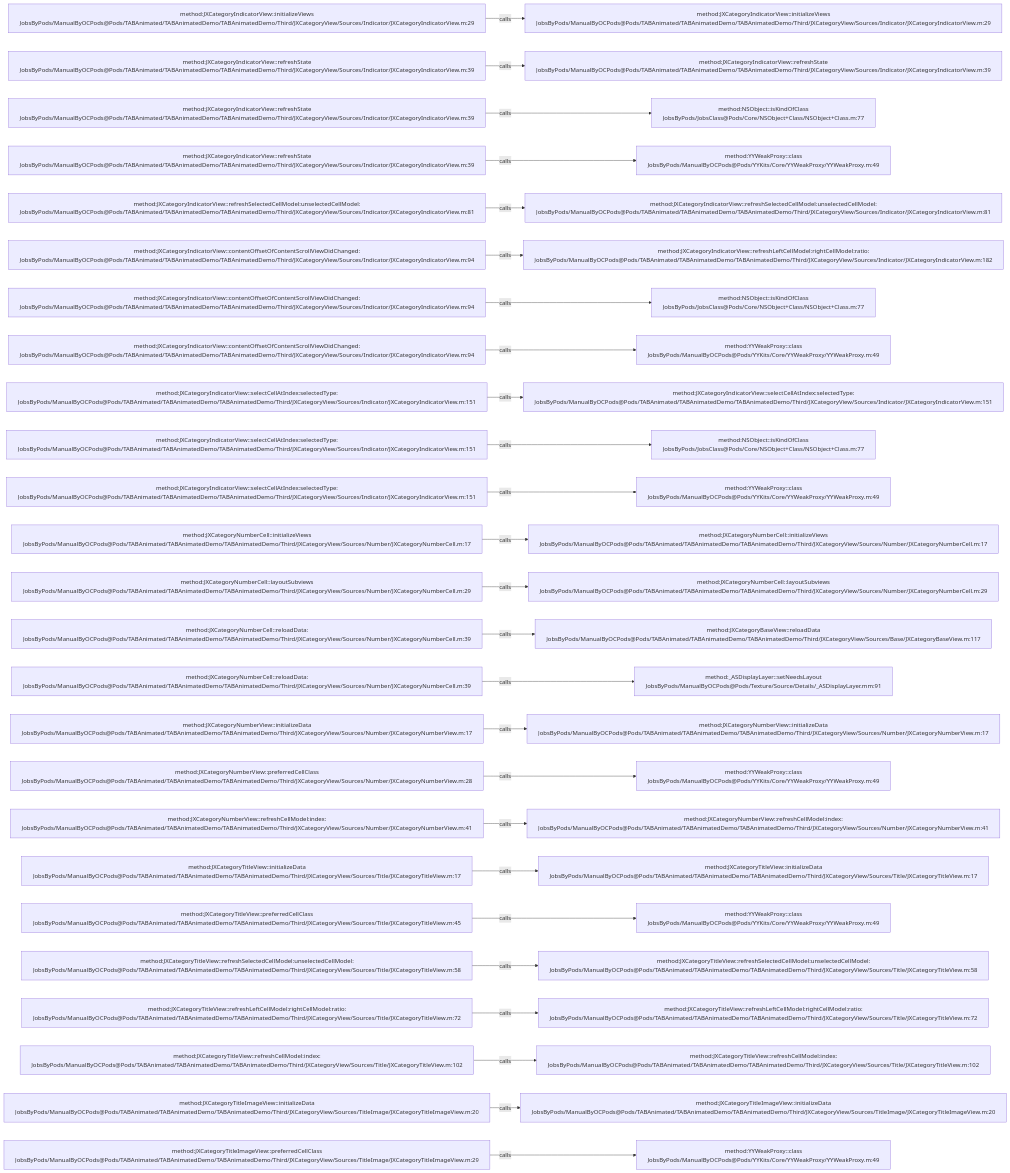
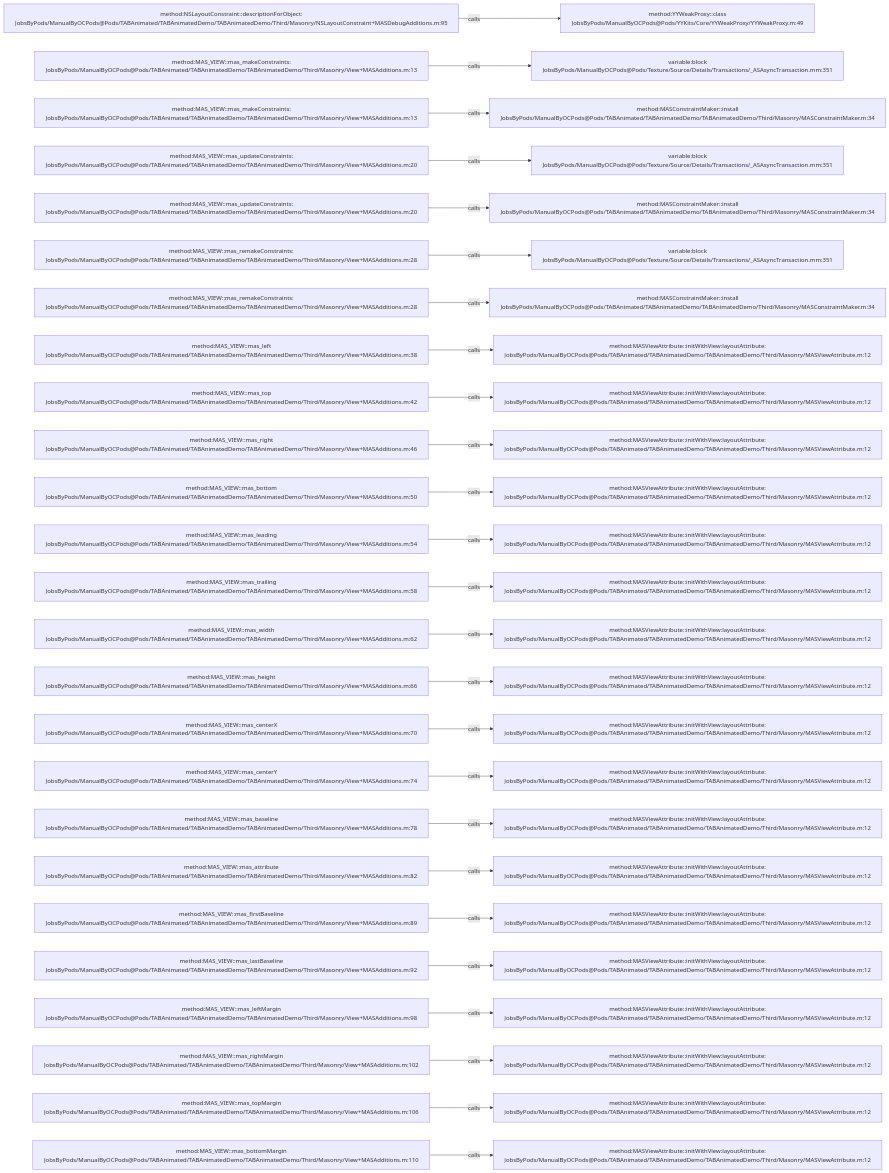
The diagram in .codegraph/codegraph.md/graphs/calls-044.md (JobsKits/JobsOCBaseConfigDemo), drawn with Mermaid before and after one commit. The commit also changed 1353 other files, not shown here.

````diff
--- a/.codegraph/codegraph.md/graphs/calls-044.md
+++ b/.codegraph/codegraph.md/graphs/calls-044.md
@@ -13,78 +13,78 @@
 ```mermaid
 flowchart LR
-  S1["method:JXCategoryIndicatorView::initializeViews<br/>JobsByPods/ManualByOCPods@Pods/TABAnimated/TABAnimatedDemo/TABAnimatedDemo/Third/JXCategoryView/Sources/Indicator/JXCategoryIndicatorView.m:29"]
-  T1["method:JXCategoryIndicatorView::initializeViews<br/>JobsByPods/ManualByOCPods@Pods/TABAnimated/TABAnimatedDemo/TABAnimatedDemo/Third/JXCategoryView/Sources/Indicator/JXCategoryIndicatorView.m:29"]
+  S1["method:NSLayoutConstraint::descriptionForObject:<br/>JobsByPods/ManualByOCPods@Pods/TABAnimated/TABAnimatedDemo/TABAnimatedDemo/Third/Masonry/NSLayoutConstraint+MASDebugAdditions.m:95"]
+  T1["method:YYWeakProxy::class<br/>JobsByPods/ManualByOCPods@Pods/YYKits/Core/YYWeakProxy/YYWeakProxy.m:49"]
   S1 -->|calls| T1
-  S2["method:JXCategoryIndicatorView::refreshState<br/>JobsByPods/ManualByOCPods@Pods/TABAnimated/TABAnimatedDemo/TABAnimatedDemo/Third/JXCategoryView/Sources/Indicator/JXCategoryIndicatorView.m:39"]
-  T2["method:JXCategoryIndicatorView::refreshState<br/>JobsByPods/ManualByOCPods@Pods/TABAnimated/TABAnimatedDemo/TABAnimatedDemo/Third/JXCategoryView/Sources/Indicator/JXCategoryIndicatorView.m:39"]
+  S2["method:MAS_VIEW::mas_makeConstraints:<br/>JobsByPods/ManualByOCPods@Pods/TABAnimated/TABAnimatedDemo/TABAnimatedDemo/Third/Masonry/View+MASAdditions.m:13"]
+  T2["variable:block<br/>JobsByPods/ManualByOCPods@Pods/Texture/Source/Details/Transactions/_ASAsyncTransaction.mm:351"]
   S2 -->|calls| T2
-  S3["method:JXCategoryIndicatorView::refreshState<br/>JobsByPods/ManualByOCPods@Pods/TABAnimated/TABAnimatedDemo/TABAnimatedDemo/Third/JXCategoryView/Sources/Indicator/JXCategoryIndicatorView.m:39"]
-  T3["method:NSObject::isKindOfClass<br/>JobsByPods/JobsClass@Pods/Core/NSObject+Class/NSObject+Class.m:77"]
+  S3["method:MAS_VIEW::mas_makeConstraints:<br/>JobsByPods/ManualByOCPods@Pods/TABAnimated/TABAnimatedDemo/TABAnimatedDemo/Third/Masonry/View+MASAdditions.m:13"]
+  T3["method:MASConstraintMaker::install<br/>JobsByPods/ManualByOCPods@Pods/TABAnimated/TABAnimatedDemo/TABAnimatedDemo/Third/Masonry/MASConstraintMaker.m:34"]
   S3 -->|calls| T3
-  S4["method:JXCategoryIndicatorView::refreshState<br/>JobsByPods/ManualByOCPods@Pods/TABAnimated/TABAnimatedDemo/TABAnimatedDemo/Third/JXCategoryView/Sources/Indicator/JXCategoryIndicatorView.m:39"]
-  T4["method:YYWeakProxy::class<br/>JobsByPods/ManualByOCPods@Pods/YYKits/Core/YYWeakProxy/YYWeakProxy.m:49"]
+  S4["method:MAS_VIEW::mas_updateConstraints:<br/>JobsByPods/ManualByOCPods@Pods/TABAnimated/TABAnimatedDemo/TABAnimatedDemo/Third/Masonry/View+MASAdditions.m:20"]
+  T4["variable:block<br/>JobsByPods/ManualByOCPods@Pods/Texture/Source/Details/Transactions/_ASAsyncTransaction.mm:351"]
   S4 -->|calls| T4
-  S5["method:JXCategoryIndicatorView::refreshSelectedCellModel:unselectedCellModel:<br/>JobsByPods/ManualByOCPods@Pods/TABAnimated/TABAnimatedDemo/TABAnimatedDemo/Third/JXCategoryView/Sources/Indicator/JXCategoryIndicatorView.m:81"]
-  T5["method:JXCategoryIndicatorView::refreshSelectedCellModel:unselectedCellModel:<br/>JobsByPods/ManualByOCPods@Pods/TABAnimated/TABAnimatedDemo/TABAnimatedDemo/Third/JXCategoryView/Sources/Indicator/JXCategoryIndicatorView.m:81"]
+  S5["method:MAS_VIEW::mas_updateConstraints:<br/>JobsByPods/ManualByOCPods@Pods/TABAnimated/TABAnimatedDemo/TABAnimatedDemo/Third/Masonry/View+MASAdditions.m:20"]
+  T5["method:MASConstraintMaker::install<br/>JobsByPods/ManualByOCPods@Pods/TABAnimated/TABAnimatedDemo/TABAnimatedDemo/Third/Masonry/MASConstraintMaker.m:34"]
   S5 -->|calls| T5
-  S6["method:JXCategoryIndicatorView::contentOffsetOfContentScrollViewDidChanged:<br/>JobsByPods/ManualByOCPods@Pods/TABAnimated/TABAnimatedDemo/TABAnimatedDemo/Third/JXCategoryView/Sources/Indicator/JXCategoryIndicatorView.m:94"]
-  T6["method:JXCategoryIndicatorView::refreshLeftCellModel:rightCellModel:ratio:<br/>JobsByPods/ManualByOCPods@Pods/TABAnimated/TABAnimatedDemo/TABAnimatedDemo/Third/JXCategoryView/Sources/Indicator/JXCategoryIndicatorView.m:182"]
+  S6["method:MAS_VIEW::mas_remakeConstraints:<br/>JobsByPods/ManualByOCPods@Pods/TABAnimated/TABAnimatedDemo/TABAnimatedDemo/Third/Masonry/View+MASAdditions.m:28"]
+  T6["variable:block<br/>JobsByPods/ManualByOCPods@Pods/Texture/Source/Details/Transactions/_ASAsyncTransaction.mm:351"]
   S6 -->|calls| T6
-  S7["method:JXCategoryIndicatorView::contentOffsetOfContentScrollViewDidChanged:<br/>JobsByPods/ManualByOCPods@Pods/TABAnimated/TABAnimatedDemo/TABAnimatedDemo/Third/JXCategoryView/Sources/Indicator/JXCategoryIndicatorView.m:94"]
-  T7["method:NSObject::isKindOfClass<br/>JobsByPods/JobsClass@Pods/Core/NSObject+Class/NSObject+Class.m:77"]
+  S7["method:MAS_VIEW::mas_remakeConstraints:<br/>JobsByPods/ManualByOCPods@Pods/TABAnimated/TABAnimatedDemo/TABAnimatedDemo/Third/Masonry/View+MASAdditions.m:28"]
+  T7["method:MASConstraintMaker::install<br/>JobsByPods/ManualByOCPods@Pods/TABAnimated/TABAnimatedDemo/TABAnimatedDemo/Third/Masonry/MASConstraintMaker.m:34"]
   S7 -->|calls| T7
-  S8["method:JXCategoryIndicatorView::contentOffsetOfContentScrollViewDidChanged:<br/>JobsByPods/ManualByOCPods@Pods/TABAnimated/TABAnimatedDemo/TABAnimatedDemo/Third/JXCategoryView/Sources/Indicator/JXCategoryIndicatorView.m:94"]
-  T8["method:YYWeakProxy::class<br/>JobsByPods/ManualByOCPods@Pods/YYKits/Core/YYWeakProxy/YYWeakProxy.m:49"]
+  S8["method:MAS_VIEW::mas_left<br/>JobsByPods/ManualByOCPods@Pods/TABAnimated/TABAnimatedDemo/TABAnimatedDemo/Third/Masonry/View+MASAdditions.m:38"]
+  T8["method:MASViewAttribute::initWithView:layoutAttribute:<br/>JobsByPods/ManualByOCPods@Pods/TABAnimated/TABAnimatedDemo/TABAnimatedDemo/Third/Masonry/MASViewAttribute.m:12"]
   S8 -->|calls| T8
-  S9["method:JXCategoryIndicatorView::selectCellAtIndex:selectedType:<br/>JobsByPods/ManualByOCPods@Pods/TABAnimated/TABAnimatedDemo/TABAnimatedDemo/Third/JXCategoryView/Sources/Indicator/JXCategoryIndicatorView.m:151"]
-  T9["method:JXCategoryIndicatorView::selectCellAtIndex:selectedType:<br/>JobsByPods/ManualByOCPods@Pods/TABAnimated/TABAnimatedDemo/TABAnimatedDemo/Third/JXCategoryView/Sources/Indicator/JXCategoryIndicatorView.m:151"]
+  S9["method:MAS_VIEW::mas_top<br/>JobsByPods/ManualByOCPods@Pods/TABAnimated/TABAnimatedDemo/TABAnimatedDemo/Third/Masonry/View+MASAdditions.m:42"]
+  T9["method:MASViewAttribute::initWithView:layoutAttribute:<br/>JobsByPods/ManualByOCPods@Pods/TABAnimated/TABAnimatedDemo/TABAnimatedDemo/Third/Masonry/MASViewAttribute.m:12"]
   S9 -->|calls| T9
-  S10["method:JXCategoryIndicatorView::selectCellAtIndex:selectedType:<br/>JobsByPods/ManualByOCPods@Pods/TABAnimated/TABAnimatedDemo/TABAnimatedDemo/Third/JXCategoryView/Sources/Indicator/JXCategoryIndicatorView.m:151"]
-  T10["method:NSObject::isKindOfClass<br/>JobsByPods/JobsClass@Pods/Core/NSObject+Class/NSObject+Class.m:77"]
+  S10["method:MAS_VIEW::mas_right<br/>JobsByPods/ManualByOCPods@Pods/TABAnimated/TABAnimatedDemo/TABAnimatedDemo/Third/Masonry/View+MASAdditions.m:46"]
+  T10["method:MASViewAttribute::initWithView:layoutAttribute:<br/>JobsByPods/ManualByOCPods@Pods/TABAnimated/TABAnimatedDemo/TABAnimatedDemo/Third/Masonry/MASViewAttribute.m:12"]
   S10 -->|calls| T10
-  S11["method:JXCategoryIndicatorView::selectCellAtIndex:selectedType:<br/>JobsByPods/ManualByOCPods@Pods/TABAnimated/TABAnimatedDemo/TABAnimatedDemo/Third/JXCategoryView/Sources/Indicator/JXCategoryIndicatorView.m:151"]
-  T11["method:YYWeakProxy::class<br/>JobsByPods/ManualByOCPods@Pods/YYKits/Core/YYWeakProxy/YYWeakProxy.m:49"]
+  S11["method:MAS_VIEW::mas_bottom<br/>JobsByPods/ManualByOCPods@Pods/TABAnimated/TABAnimatedDemo/TABAnimatedDemo/Third/Masonry/View+MASAdditions.m:50"]
+  T11["method:MASViewAttribute::initWithView:layoutAttribute:<br/>JobsByPods/ManualByOCPods@Pods/TABAnimated/TABAnimatedDemo/TABAnimatedDemo/Third/Masonry/MASViewAttribute.m:12"]
   S11 -->|calls| T11
-  S12["method:JXCategoryNumberCell::initializeViews<br/>JobsByPods/ManualByOCPods@Pods/TABAnimated/TABAnimatedDemo/TABAnimatedDemo/Third/JXCategoryView/Sources/Number/JXCategoryNumberCell.m:17"]
-  T12["method:JXCategoryNumberCell::initializeViews<br/>JobsByPods/ManualByOCPods@Pods/TABAnimated/TABAnimatedDemo/TABAnimatedDemo/Third/JXCategoryView/Sources/Number/JXCategoryNumberCell.m:17"]
+  S12["method:MAS_VIEW::mas_leading<br/>JobsByPods/ManualByOCPods@Pods/TABAnimated/TABAnimatedDemo/TABAnimatedDemo/Third/Masonry/View+MASAdditions.m:54"]
+  T12["method:MASViewAttribute::initWithView:layoutAttribute:<br/>JobsByPods/ManualByOCPods@Pods/TABAnimated/TABAnimatedDemo/TABAnimatedDemo/Third/Masonry/MASViewAttribute.m:12"]
   S12 -->|calls| T12
-  S13["method:JXCategoryNumberCell::layoutSubviews<br/>JobsByPods/ManualByOCPods@Pods/TABAnimated/TABAnimatedDemo/TABAnimatedDemo/Third/JXCategoryView/Sources/Number/JXCategoryNumberCell.m:29"]
-  T13["method:JXCategoryNumberCell::layoutSubviews<br/>JobsByPods/ManualByOCPods@Pods/TABAnimated/TABAnimatedDemo/TABAnimatedDemo/Third/JXCategoryView/Sources/Number/JXCategoryNumberCell.m:29"]
+  S13["method:MAS_VIEW::mas_trailing<br/>JobsByPods/ManualByOCPods@Pods/TABAnimated/TABAnimatedDemo/TABAnimatedDemo/Third/Masonry/View+MASAdditions.m:58"]
+  T13["method:MASViewAttribute::initWithView:layoutAttribute:<br/>JobsByPods/ManualByOCPods@Pods/TABAnimated/TABAnimatedDemo/TABAnimatedDemo/Third/Masonry/MASViewAttribute.m:12"]
   S13 -->|calls| T13
-  S14["method:JXCategoryNumberCell::reloadData:<br/>JobsByPods/ManualByOCPods@Pods/TABAnimated/TABAnimatedDemo/TABAnimatedDemo/Third/JXCategoryView/Sources/Number/JXCategoryNumberCell.m:39"]
-  T14["method:JXCategoryBaseView::reloadData<br/>JobsByPods/ManualByOCPods@Pods/TABAnimated/TABAnimatedDemo/TABAnimatedDemo/Third/JXCategoryView/Sources/Base/JXCategoryBaseView.m:117"]
+  S14["method:MAS_VIEW::mas_width<br/>JobsByPods/ManualByOCPods@Pods/TABAnimated/TABAnimatedDemo/TABAnimatedDemo/Third/Masonry/View+MASAdditions.m:62"]
+  T14["method:MASViewAttribute::initWithView:layoutAttribute:<br/>JobsByPods/ManualByOCPods@Pods/TABAnimated/TABAnimatedDemo/TABAnimatedDemo/Third/Masonry/MASViewAttribute.m:12"]
   S14 -->|calls| T14
-  S15["method:JXCategoryNumberCell::reloadData:<br/>JobsByPods/ManualByOCPods@Pods/TABAnimated/TABAnimatedDemo/TABAnimatedDemo/Third/JXCategoryView/Sources/Number/JXCategoryNumberCell.m:39"]
-  T15["method:_ASDisplayLayer::setNeedsLayout<br/>JobsByPods/ManualByOCPods@Pods/Texture/Source/Details/_ASDisplayLayer.mm:91"]
+  S15["method:MAS_VIEW::mas_height<br/>JobsByPods/ManualByOCPods@Pods/TABAnimated/TABAnimatedDemo/TABAnimatedDemo/Third/Masonry/View+MASAdditions.m:66"]
+  T15["method:MASViewAttribute::initWithView:layoutAttribute:<br/>JobsByPods/ManualByOCPods@Pods/TABAnimated/TABAnimatedDemo/TABAnimatedDemo/Third/Masonry/MASViewAttribute.m:12"]
   S15 -->|calls| T15
-  S16["method:JXCategoryNumberView::initializeData<br/>JobsByPods/ManualByOCPods@Pods/TABAnimated/TABAnimatedDemo/TABAnimatedDemo/Third/JXCategoryView/Sources/Number/JXCategoryNumberView.m:17"]
-  T16["method:JXCategoryNumberView::initializeData<br/>JobsByPods/ManualByOCPods@Pods/TABAnimated/TABAnimatedDemo/TABAnimatedDemo/Third/JXCategoryView/Sources/Number/JXCategoryNumberView.m:17"]
+  S16["method:MAS_VIEW::mas_centerX<br/>JobsByPods/ManualByOCPods@Pods/TABAnimated/TABAnimatedDemo/TABAnimatedDemo/Third/Masonry/View+MASAdditions.m:70"]
+  T16["method:MASViewAttribute::initWithView:layoutAttribute:<br/>JobsByPods/ManualByOCPods@Pods/TABAnimated/TABAnimatedDemo/TABAnimatedDemo/Third/Masonry/MASViewAttribute.m:12"]
   S16 -->|calls| T16
-  S17["method:JXCategoryNumberView::preferredCellClass<br/>JobsByPods/ManualByOCPods@Pods/TABAnimated/TABAnimatedDemo/TABAnimatedDemo/Third/JXCategoryView/Sources/Number/JXCategoryNumberView.m:28"]
-  T17["method:YYWeakProxy::class<br/>JobsByPods/ManualByOCPods@Pods/YYKits/Core/YYWeakProxy/YYWeakProxy.m:49"]
+  S17["method:MAS_VIEW::mas_centerY<br/>JobsByPods/ManualByOCPods@Pods/TABAnimated/TABAnimatedDemo/TABAnimatedDemo/Third/Masonry/View+MASAdditions.m:74"]
+  T17["method:MASViewAttribute::initWithView:layoutAttribute:<br/>JobsByPods/ManualByOCPods@Pods/TABAnimated/TABAnimatedDemo/TABAnimatedDemo/Third/Masonry/MASViewAttribute.m:12"]
   S17 -->|calls| T17
-  S18["method:JXCategoryNumberView::refreshCellModel:index:<br/>JobsByPods/ManualByOCPods@Pods/TABAnimated/TABAnimatedDemo/TABAnimatedDemo/Third/JXCategoryView/Sources/Number/JXCategoryNumberView.m:41"]
-  T18["method:JXCategoryNumberView::refreshCellModel:index:<br/>JobsByPods/ManualByOCPods@Pods/TABAnimated/TABAnimatedDemo/TABAnimatedDemo/Third/JXCategoryView/Sources/Number/JXCategoryNumberView.m:41"]
+  S18["method:MAS_VIEW::mas_baseline<br/>JobsByPods/ManualByOCPods@Pods/TABAnimated/TABAnimatedDemo/TABAnimatedDemo/Third/Masonry/View+MASAdditions.m:78"]
+  T18["method:MASViewAttribute::initWithView:layoutAttribute:<br/>JobsByPods/ManualByOCPods@Pods/TABAnimated/TABAnimatedDemo/TABAnimatedDemo/Third/Masonry/MASViewAttribute.m:12"]
   S18 -->|calls| T18
-  S19["method:JXCategoryTitleView::initializeData<br/>JobsByPods/ManualByOCPods@Pods/TABAnimated/TABAnimatedDemo/TABAnimatedDemo/Third/JXCategoryView/Sources/Title/JXCategoryTitleView.m:17"]
-  T19["method:JXCategoryTitleView::initializeData<br/>JobsByPods/ManualByOCPods@Pods/TABAnimated/TABAnimatedDemo/TABAnimatedDemo/Third/JXCategoryView/Sources/Title/JXCategoryTitleView.m:17"]
+  S19["method:MAS_VIEW::mas_attribute<br/>JobsByPods/ManualByOCPods@Pods/TABAnimated/TABAnimatedDemo/TABAnimatedDemo/Third/Masonry/View+MASAdditions.m:82"]
+  T19["method:MASViewAttribute::initWithView:layoutAttribute:<br/>JobsByPods/ManualByOCPods@Pods/TABAnimated/TABAnimatedDemo/TABAnimatedDemo/Third/Masonry/MASViewAttribute.m:12"]
   S19 -->|calls| T19
-  S20["method:JXCategoryTitleView::preferredCellClass<br/>JobsByPods/ManualByOCPods@Pods/TABAnimated/TABAnimatedDemo/TABAnimatedDemo/Third/JXCategoryView/Sources/Title/JXCategoryTitleView.m:45"]
-  T20["method:YYWeakProxy::class<br/>JobsByPods/ManualByOCPods@Pods/YYKits/Core/YYWeakProxy/YYWeakProxy.m:49"]
+  S20["method:MAS_VIEW::mas_firstBaseline<br/>JobsByPods/ManualByOCPods@Pods/TABAnimated/TABAnimatedDemo/TABAnimatedDemo/Third/Masonry/View+MASAdditions.m:89"]
+  T20["method:MASViewAttribute::initWithView:layoutAttribute:<br/>JobsByPods/ManualByOCPods@Pods/TABAnimated/TABAnimatedDemo/TABAnimatedDemo/Third/Masonry/MASViewAttribute.m:12"]
   S20 -->|calls| T20
-  S21["method:JXCategoryTitleView::refreshSelectedCellModel:unselectedCellModel:<br/>JobsByPods/ManualByOCPods@Pods/TABAnimated/TABAnimatedDemo/TABAnimatedDemo/Third/JXCategoryView/Sources/Title/JXCategoryTitleView.m:58"]
-  T21["method:JXCategoryTitleView::refreshSelectedCellModel:unselectedCellModel:<br/>JobsByPods/ManualByOCPods@Pods/TABAnimated/TABAnimatedDemo/TABAnimatedDemo/Third/JXCategoryView/Sources/Title/JXCategoryTitleView.m:58"]
+  S21["method:MAS_VIEW::mas_lastBaseline<br/>JobsByPods/ManualByOCPods@Pods/TABAnimated/TABAnimatedDemo/TABAnimatedDemo/Third/Masonry/View+MASAdditions.m:92"]
+  T21["method:MASViewAttribute::initWithView:layoutAttribute:<br/>JobsByPods/ManualByOCPods@Pods/TABAnimated/TABAnimatedDemo/TABAnimatedDemo/Third/Masonry/MASViewAttribute.m:12"]
   S21 -->|calls| T21
-  S22["method:JXCategoryTitleView::refreshLeftCellModel:rightCellModel:ratio:<br/>JobsByPods/ManualByOCPods@Pods/TABAnimated/TABAnimatedDemo/TABAnimatedDemo/Third/JXCategoryView/Sources/Title/JXCategoryTitleView.m:72"]
-  T22["method:JXCategoryTitleView::refreshLeftCellModel:rightCellModel:ratio:<br/>JobsByPods/ManualByOCPods@Pods/TABAnimated/TABAnimatedDemo/TABAnimatedDemo/Third/JXCategoryView/Sources/Title/JXCategoryTitleView.m:72"]
+  S22["method:MAS_VIEW::mas_leftMargin<br/>JobsByPods/ManualByOCPods@Pods/TABAnimated/TABAnimatedDemo/TABAnimatedDemo/Third/Masonry/View+MASAdditions.m:98"]
+  T22["method:MASViewAttribute::initWithView:layoutAttribute:<br/>JobsByPods/ManualByOCPods@Pods/TABAnimated/TABAnimatedDemo/TABAnimatedDemo/Third/Masonry/MASViewAttribute.m:12"]
   S22 -->|calls| T22
-  S23["method:JXCategoryTitleView::refreshCellModel:index:<br/>JobsByPods/ManualByOCPods@Pods/TABAnimated/TABAnimatedDemo/TABAnimatedDemo/Third/JXCategoryView/Sources/Title/JXCategoryTitleView.m:102"]
-  T23["method:JXCategoryTitleView::refreshCellModel:index:<br/>JobsByPods/ManualByOCPods@Pods/TABAnimated/TABAnimatedDemo/TABAnimatedDemo/Third/JXCategoryView/Sources/Title/JXCategoryTitleView.m:102"]
+  S23["method:MAS_VIEW::mas_rightMargin<br/>JobsByPods/ManualByOCPods@Pods/TABAnimated/TABAnimatedDemo/TABAnimatedDemo/Third/Masonry/View+MASAdditions.m:102"]
+  T23["method:MASViewAttribute::initWithView:layoutAttribute:<br/>JobsByPods/ManualByOCPods@Pods/TABAnimated/TABAnimatedDemo/TABAnimatedDemo/Third/Masonry/MASViewAttribute.m:12"]
   S23 -->|calls| T23
-  S24["method:JXCategoryTitleImageView::initializeData<br/>JobsByPods/ManualByOCPods@Pods/TABAnimated/TABAnimatedDemo/TABAnimatedDemo/Third/JXCategoryView/Sources/TitleImage/JXCategoryTitleImageView.m:20"]
-  T24["method:JXCategoryTitleImageView::initializeData<br/>JobsByPods/ManualByOCPods@Pods/TABAnimated/TABAnimatedDemo/TABAnimatedDemo/Third/JXCategoryView/Sources/TitleImage/JXCategoryTitleImageView.m:20"]
+  S24["method:MAS_VIEW::mas_topMargin<br/>JobsByPods/ManualByOCPods@Pods/TABAnimated/TABAnimatedDemo/TABAnimatedDemo/Third/Masonry/View+MASAdditions.m:106"]
+  T24["method:MASViewAttribute::initWithView:layoutAttribute:<br/>JobsByPods/ManualByOCPods@Pods/TABAnimated/TABAnimatedDemo/TABAnimatedDemo/Third/Masonry/MASViewAttribute.m:12"]
   S24 -->|calls| T24
-  S25["method:JXCategoryTitleImageView::preferredCellClass<br/>JobsByPods/ManualByOCPods@Pods/TABAnimated/TABAnimatedDemo/TABAnimatedDemo/Third/JXCategoryView/Sources/TitleImage/JXCategoryTitleImageView.m:29"]
-  T25["method:YYWeakProxy::class<br/>JobsByPods/ManualByOCPods@Pods/YYKits/Core/YYWeakProxy/YYWeakProxy.m:49"]
+  S25["method:MAS_VIEW::mas_bottomMargin<br/>JobsByPods/ManualByOCPods@Pods/TABAnimated/TABAnimatedDemo/TABAnimatedDemo/Third/Masonry/View+MASAdditions.m:110"]
+  T25["method:MASViewAttribute::initWithView:layoutAttribute:<br/>JobsByPods/ManualByOCPods@Pods/TABAnimated/TABAnimatedDemo/TABAnimatedDemo/Third/Masonry/MASViewAttribute.m:12"]
   S25 -->|calls| T25
 ```
````
